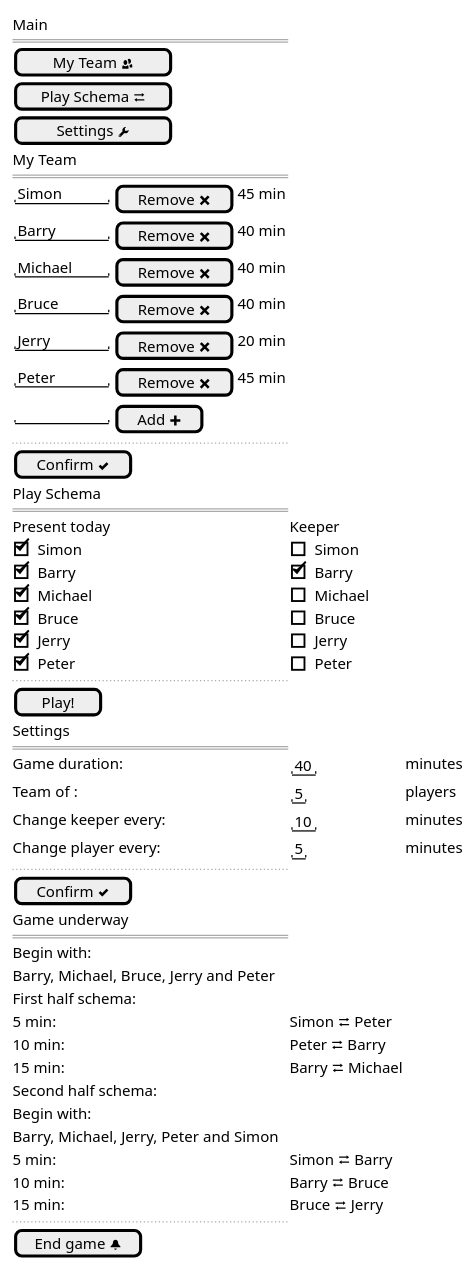
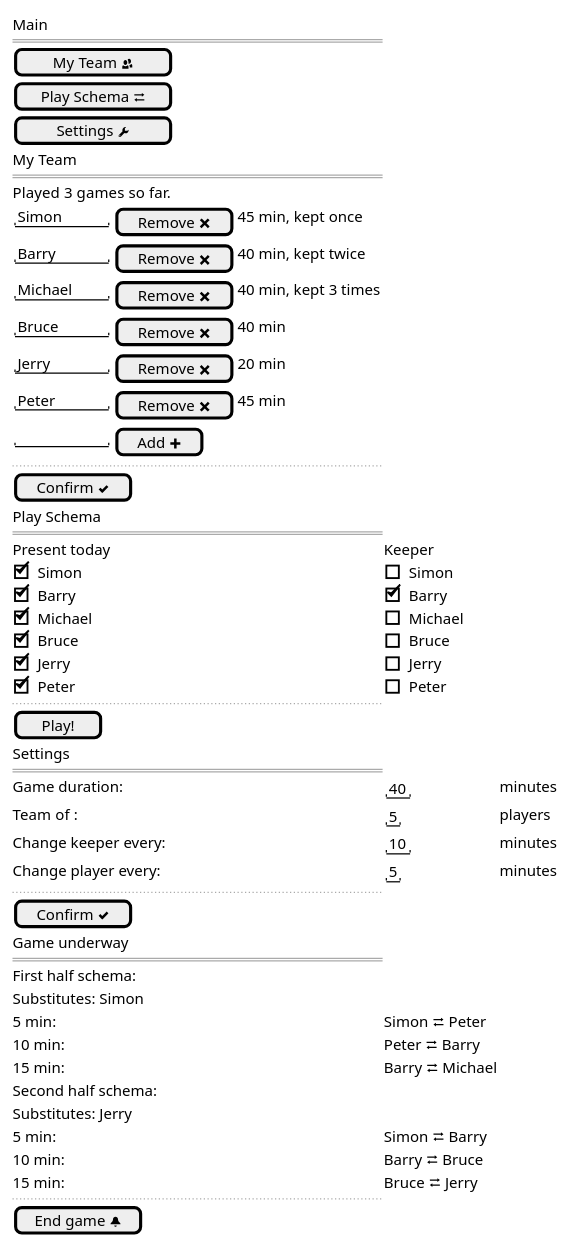
The diagram in visuals/team.puml (nikolakasev/football), drawn with PlantUML before and after one commit. The commit also changed 4 other files, not shown here.

```diff
--- a/visuals/team.puml
+++ b/visuals/team.puml
@@ -1,55 +1,54 @@
 @startsalt
 {
     Main
     ==
     [ My Team <&people>    ]
     [ Play Schema <&transfer>]
     [ Settings <&wrench>   ]
     My Team
     ==
-    { "Simon    " | [ Remove <&x> ] | 45 min}
-    { "Barry    " | [ Remove <&x> ] | 40 min}
-    { "Michael  " | [ Remove <&x> ] | 40 min}
+    Played 3 games so far.
+    { "Simon    " | [ Remove <&x> ] | 45 min, kept once}
+    { "Barry    " | [ Remove <&x> ] | 40 min, kept twice}
+    { "Michael  " | [ Remove <&x> ] | 40 min, kept 3 times}
     { "Bruce    " | [ Remove <&x> ] | 40 min}
     { "Jerry    " | [ Remove <&x> ] | 20 min}
     { "Peter    " | [ Remove <&x> ] | 45 min}
     { "         " | [ Add <&plus> ] }
     ..
     [ Confirm <&check>]
     Play Schema
     ==
     Present today     | Keeper
     [X] Simon   | [] Simon
     [X] Barry   | [X] Barry
     [X] Michael | [] Michael
     [X] Bruce    | [] Bruce
     [X] Jerry    | [] Jerry
     [X] Peter    | [] Peter
     ..
     [ Play!  ]
     Settings
     ==
     Game duration:  { "40" } minutes
     Team of : { "5" } players
     Change keeper every: { "10" } minutes
     Change player every: { "5" } minutes
     ..
     [ Confirm <&check>]
     Game underway
     ==
-    Begin with:
-    Barry, Michael, Bruce, Jerry and Peter
     First half schema:
+    Substitutes: Simon
     5 min: | Simon <&transfer> Peter
     10 min:| Peter <&transfer> Barry
     15 min:| Barry <&transfer> Michael
     Second half schema:
-    Begin with:
-    Barry, Michael, Jerry, Peter and Simon
+    Substitutes: Jerry
     5 min:| Simon <&transfer> Barry
     10 min:| Barry <&transfer> Bruce
     15 min:| Bruce <&transfer> Jerry
     ..
     [ End game <&bell>]
 }
 @endsalt
```
